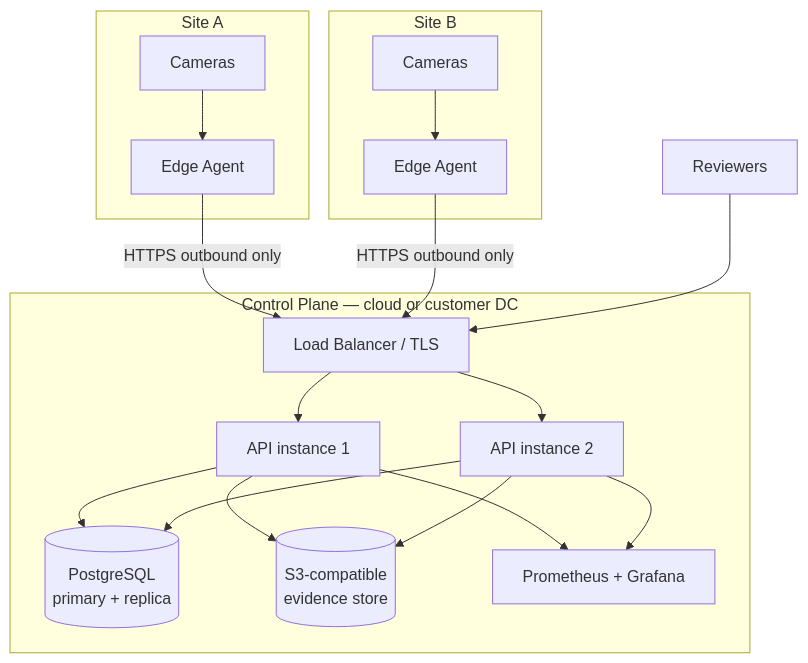
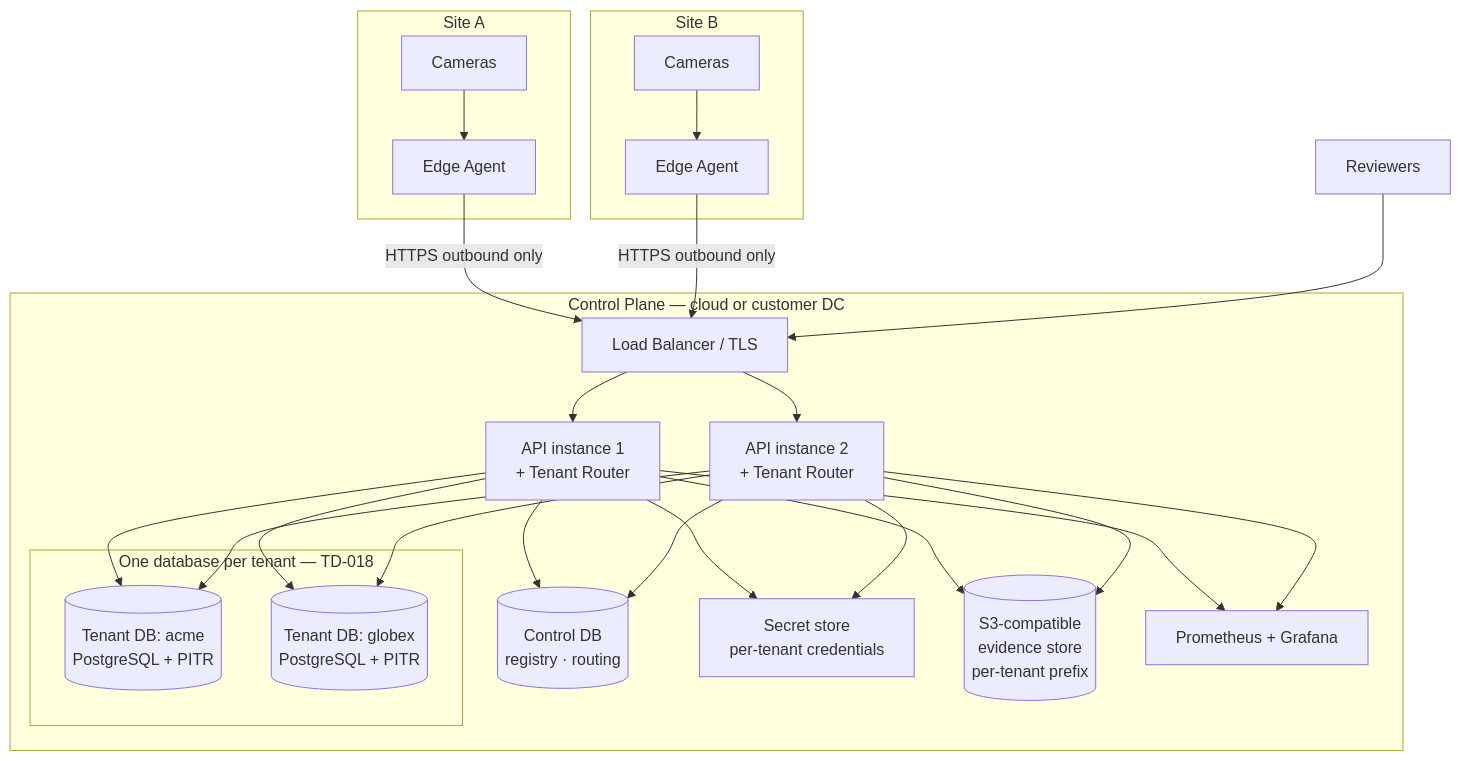
The fourth of 18 diagrams in Docs/TRD.md (Ditstek-Innovations/GuardianLens), drawn with Mermaid before and after one commit. The commit also changed other lines of this file and 2 other files, not shown here.

Commit message:
added tenant based changes

````diff
--- a/Docs/TRD.md
+++ b/Docs/TRD.md
@@ -229,28 +235,35 @@
 ```mermaid
 flowchart TB
     subgraph S1["Site A"]
         EA1[Edge Agent]
         CA1[Cameras]
         CA1 --> EA1
     end
     subgraph S2["Site B"]
         EA2[Edge Agent]
         CA2[Cameras]
         CA2 --> EA2
     end
     subgraph CLOUD["Control Plane — cloud or customer DC"]
         LB[Load Balancer / TLS]
-        API1[API instance 1]
-        API2[API instance 2]
-        DB[(PostgreSQL<br/>primary + replica)]
-        OBJ[(S3-compatible<br/>evidence store)]
+        API1[API instance 1<br/>+ Tenant Router]
+        API2[API instance 2<br/>+ Tenant Router]
+        CDB[(Control DB<br/>registry · routing)]
+        SEC[Secret store<br/>per-tenant credentials]
+        subgraph TEN["One database per tenant — TD-018"]
+            DB1[(Tenant DB: acme<br/>PostgreSQL + PITR)]
+            DB2[(Tenant DB: globex<br/>PostgreSQL + PITR)]
+        end
+        OBJ[(S3-compatible<br/>evidence store<br/>per-tenant prefix)]
         MON[Prometheus + Grafana]
     end
     EA1 -->|HTTPS outbound only| LB
     EA2 -->|HTTPS outbound only| LB
     LB --> API1 & API2
-    API1 & API2 --> DB
+    API1 & API2 --> CDB
+    API1 & API2 --> SEC
+    API1 & API2 --> DB1 & DB2
     API1 & API2 --> OBJ
     API1 & API2 --> MON
     USER[Reviewers] --> LB
 ```
````
